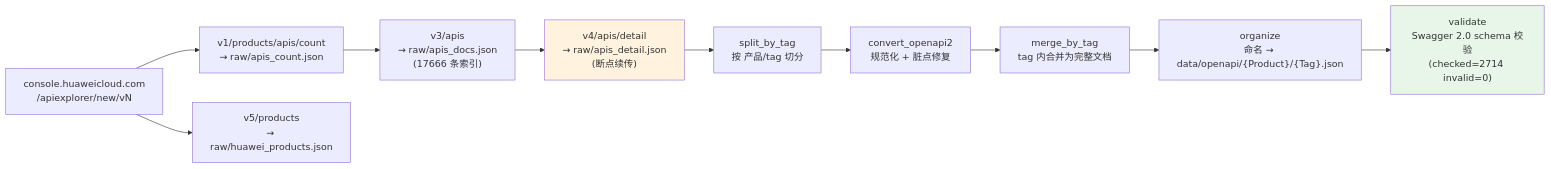
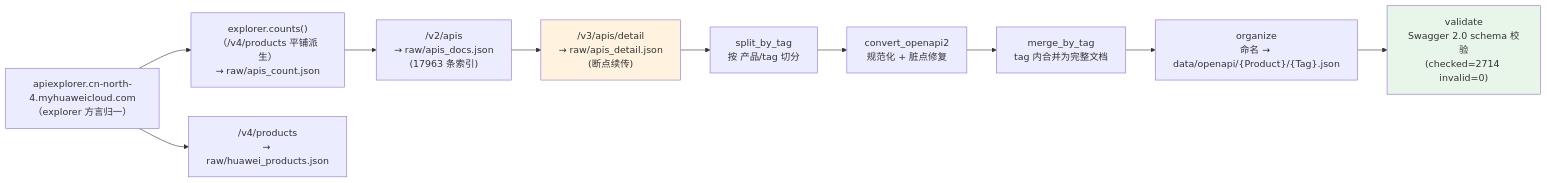
The fifth of 7 diagrams in docs/mcp-openapi.md (huaweicloud-mate/huaweicloud-open-mcp), drawn with Mermaid before and after one commit. The commit also changed other lines of this file and 15 other files, not shown here.

````diff
--- a/docs/mcp-openapi.md
+++ b/docs/mcp-openapi.md
@@ -164,19 +164,19 @@
 ```mermaid
 flowchart LR
-    A["console.huaweicloud.com<br/>/apiexplorer/new/vN"]
-    B1["v1/products/apis/count<br/>→ raw/apis_count.json"]
-    B2["v5/products<br/>→ raw/huawei_products.json"]
-    B3["v3/apis<br/>→ raw/apis_docs.json<br/>(17666 条索引)"]
-    B4["v4/apis/detail<br/>→ raw/apis_detail.json<br/>(断点续传)"]
+    A["apiexplorer.cn-north-4.myhuaweicloud.com<br/>（explorer 方言归一）"]
+    B1["explorer.counts()<br/>（/v4/products 平铺派生）<br/>→ raw/apis_count.json"]
+    B2["/v4/products<br/>→ raw/huawei_products.json"]
+    B3["/v2/apis<br/>→ raw/apis_docs.json<br/>(17963 条索引)"]
+    B4["/v3/apis/detail<br/>→ raw/apis_detail.json<br/>(断点续传)"]
     C["split_by_tag<br/>按 产品/tag 切分"]
     D["convert_openapi2<br/>规范化 + 脏点修复"]
     E["merge_by_tag<br/>tag 内合并为完整文档"]
     F["organize<br/>命名 → data/openapi/{Product}/{Tag}.json"]
     G["validate<br/>Swagger 2.0 schema 校验<br/>(checked=2714 invalid=0)"]
 
     A --> B1 --> B3 --> B4 --> C --> D --> E --> F --> G
     A --> B2
 
     style B4 fill:#fff3e0
     style G fill:#e8f5e9
 ```
````
